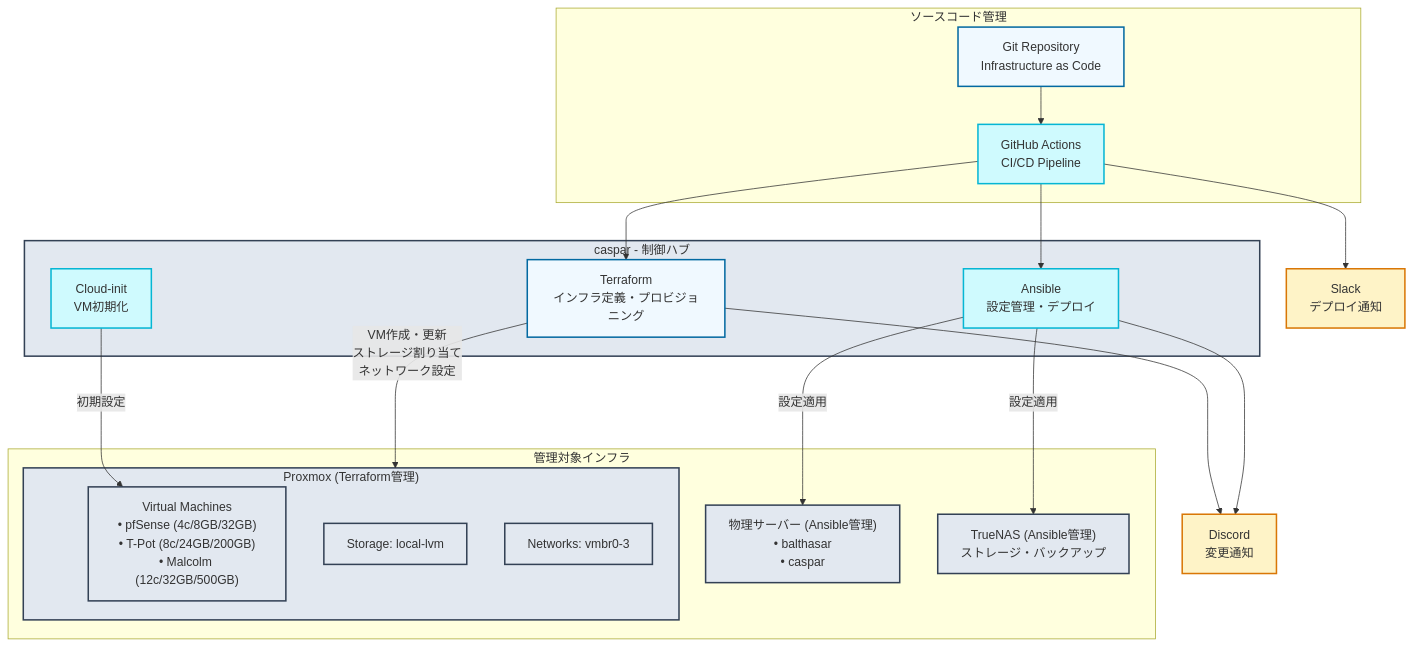
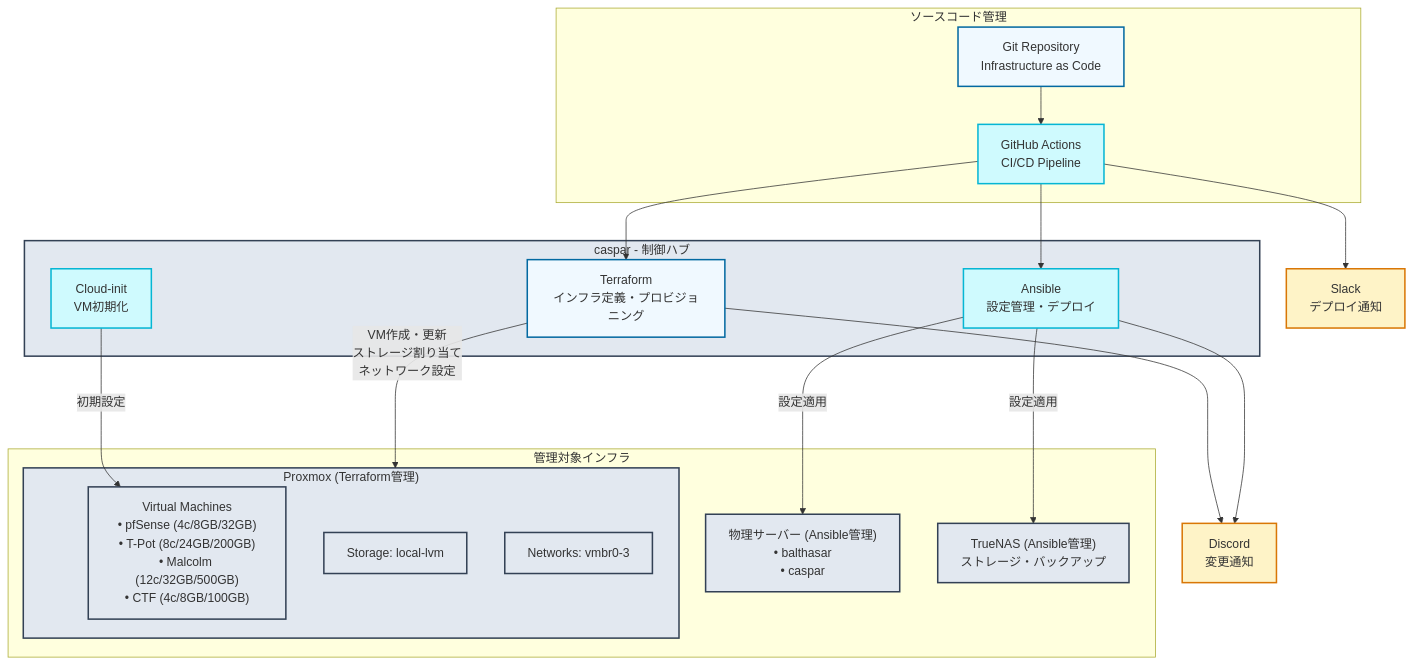
One commit to yamisskey-dev/yamisskey-host changed the third of 8 diagrams in README.md. Above: the diagram before and after it, drawn with Mermaid. The commit also changed other lines of this file, not shown here.

First line of the commit message:
Update infrastructure diagram with new services

````diff
--- a/README.md
+++ b/README.md
@@ -209,55 +228,55 @@
 ```mermaid
 graph TB
     %% Style definitions
     classDef iac fill:#f0f9ff,stroke:#0369a1,stroke-width:2px
     classDef automation fill:#cffafe,stroke:#06b6d4,stroke-width:2px
     classDef homeServer fill:#e2e8f0,stroke:#334155,stroke-width:2px
     classDef alert fill:#fef3c7,stroke:#d97706,stroke-width:2px
 
     %% Source Control
     subgraph source["ソースコード管理"]
         git["Git Repository<br/>Infrastructure as Code"]:::iac
         actions["GitHub Actions<br/>CI/CD Pipeline"]:::automation
     end
 
     %% Control Plane
     subgraph caspar["caspar - 制御ハブ"]
         terraform["Terraform<br/>インフラ定義・プロビジョニング"]:::iac
         ansible["Ansible<br/>設定管理・デプロイ"]:::automation
         cloud_init["Cloud-init<br/>VM初期化"]:::automation
     end
 
     %% Managed Infrastructure
     subgraph infra["管理対象インフラ"]
         subgraph proxmox_infra["Proxmox (Terraform管理)"]
-            proxmox_vms["Virtual Machines<br/>• pfSense (4c/8GB/32GB)<br/>• T-Pot (8c/24GB/200GB)<br/>• Malcolm (12c/32GB/500GB)"]:::homeServer
+            proxmox_vms["Virtual Machines<br/>• pfSense (4c/8GB/32GB)<br/>• T-Pot (8c/24GB/200GB)<br/>• Malcolm (12c/32GB/500GB)<br/>• CTF (4c/8GB/100GB)"]:::homeServer
             proxmox_storage["Storage: local-lvm"]:::homeServer
             proxmox_network["Networks: vmbr0-3"]:::homeServer
         end
         physical["物理サーバー (Ansible管理)<br/>• balthasar<br/>• caspar"]:::homeServer
         truenas["TrueNAS (Ansible管理)<br/>ストレージ・バックアップ"]:::homeServer
     end
 
     %% Notifications
     slack["Slack<br/>デプロイ通知"]:::alert
     discord["Discord<br/>変更通知"]:::alert
 
     %% Workflow
     git --> actions
     actions --> terraform
     actions --> ansible
     
     terraform -->|VM作成・更新<br/>ストレージ割り当て<br/>ネットワーク設定| proxmox_infra
     ansible -->|設定適用| physical
     ansible -->|設定適用| truenas
     cloud_init -->|初期設定| proxmox_vms
 
     %% Notifications
     actions --> slack
     terraform --> discord
     ansible --> discord
 
     %% Apply styles
     class caspar homeServer
     class proxmox_infra homeServer
 ```
````
